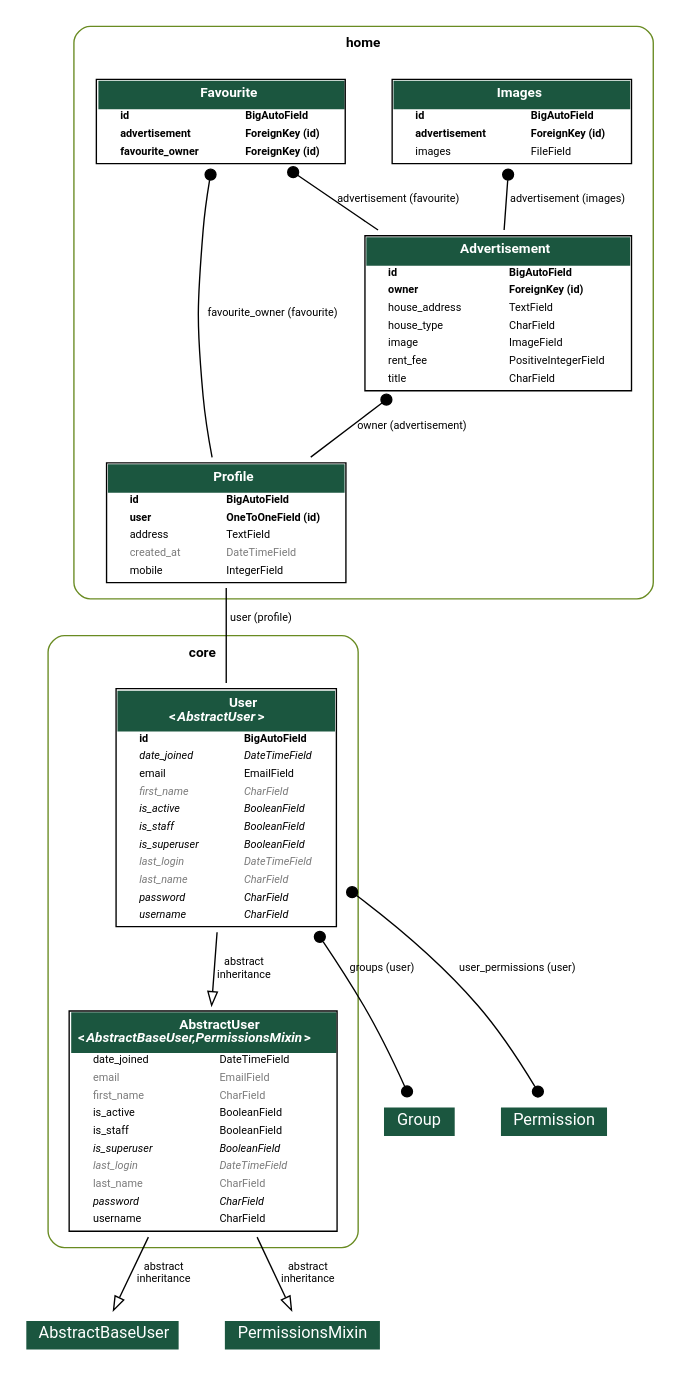
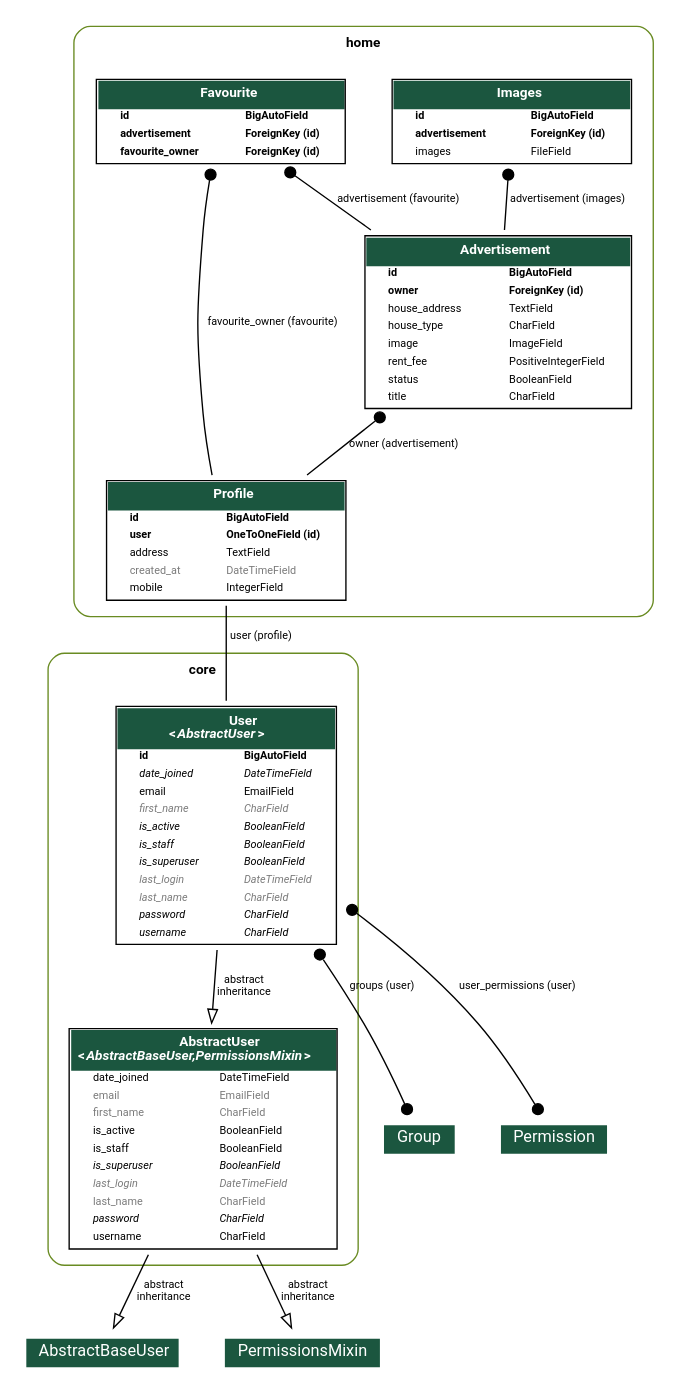
The diagram in home.dot (Nur-A-Alam1997/Easy-Home), drawn with Graphviz before and after one commit. The commit also changed 10 other files, not shown here.

```diff
--- a/home.dot
+++ b/home.dot
@@ -1,6 +1,6 @@
 digraph model_graph {
   // Dotfile by Django-Extensions graph_models
-  // Created: 2022-01-07 15:31
+  // Created: 2022-01-08 13:40
   // Cli Options: home core
 
   fontname = "Roboto"
@@ -135,6 +135,14 @@
       <FONT FACE="Roboto">rent_fee</FONT>
       </TD><TD ALIGN="LEFT">
       <FONT FACE="Roboto">PositiveIntegerField</FONT>
+      </TD></TR>
+    
+    
+    
+      <TR><TD ALIGN="LEFT" BORDER="0">
+      <FONT FACE="Roboto">status</FONT>
+      </TD><TD ALIGN="LEFT">
+      <FONT FACE="Roboto">BooleanField</FONT>
       </TD></TR>
     
     
```
